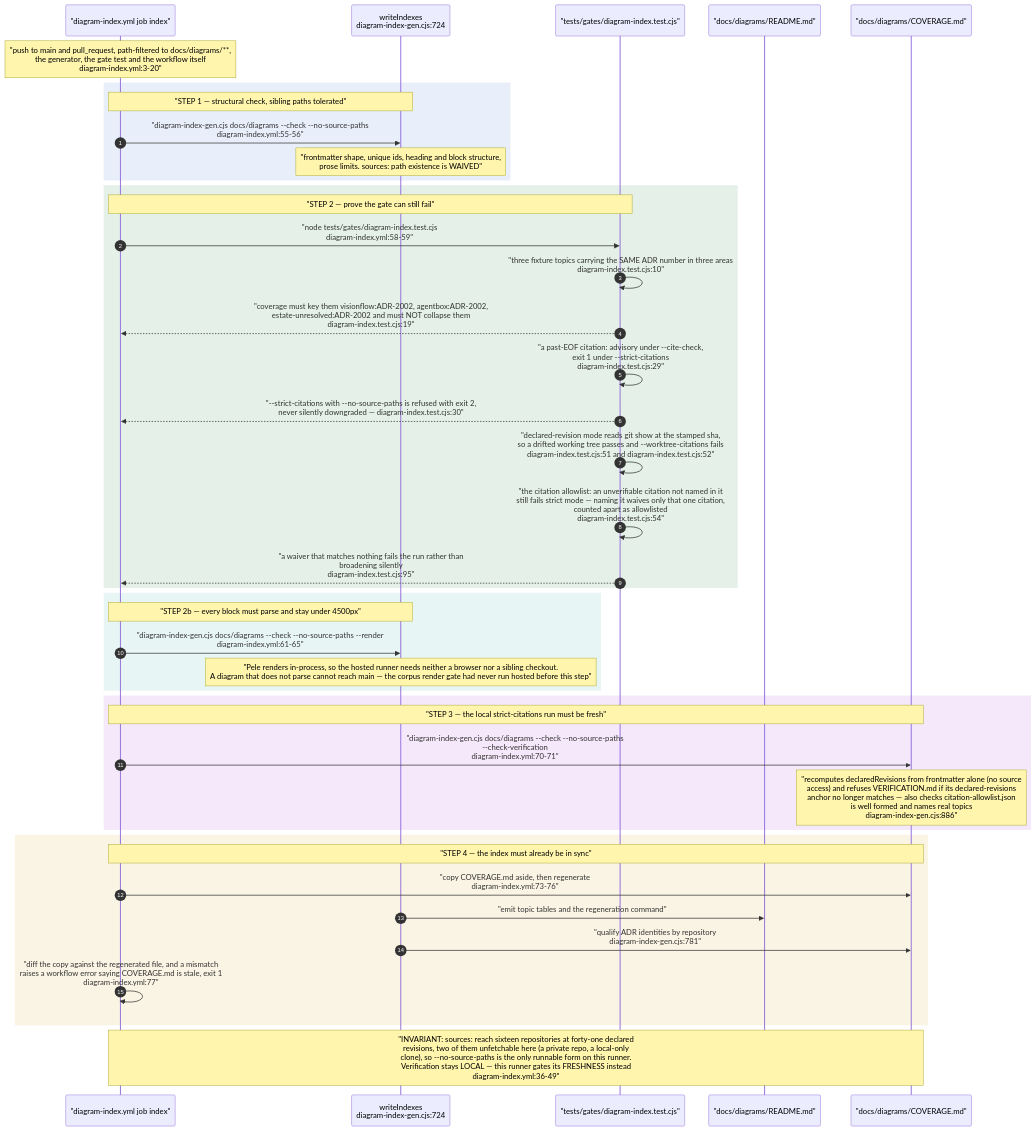
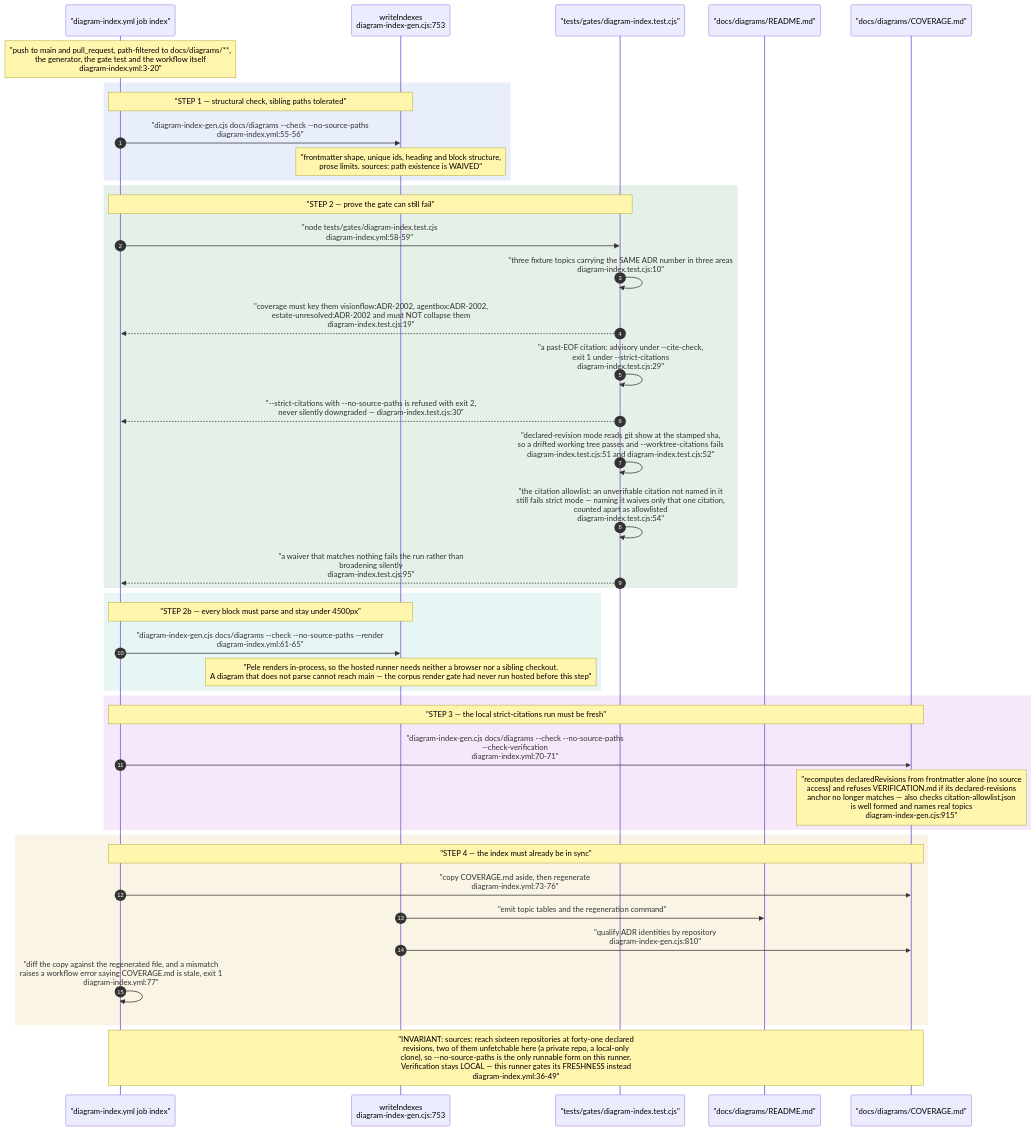
One commit to DreamLab-AI/VisionFlow changed diagram 12 of 15 in docs/diagrams/visionflow/06-diagram-tooling.md. Above: the diagram before and after it, drawn with Mermaid. The commit also changed other lines of this file and 49 other files, not shown here.

First line of the commit message:
docs(diagrams): re-derive and re-stamp VisionClaw, estate, knowledge-graph, visionGraph, VisionFlow and sidestr topics

````diff
--- a/docs/diagrams/visionflow/06-diagram-tooling.md
+++ b/docs/diagrams/visionflow/06-diagram-tooling.md
@@ -363,51 +363,51 @@
 ```mermaid
 sequenceDiagram
     autonumber
     participant CI as "diagram-index.yml job index"
-    participant G as writeIndexes<br/>diagram-index-gen.cjs:724
+    participant G as writeIndexes<br/>diagram-index-gen.cjs:753
     participant T as "tests/gates/diagram-index.test.cjs"
     participant RM as "docs/diagrams/README.md"
     participant CV as "docs/diagrams/COVERAGE.md"
 
     Note over CI: "push to main and pull_request, path-filtered to docs/diagrams/**,<br/>the generator, the gate test and the workflow itself<br/>diagram-index.yml:3-20"
 
     rect rgb(232, 238, 250)
     Note over CI,G: "STEP 1 — structural check, sibling paths tolerated"
     CI->>G: "diagram-index-gen.cjs docs/diagrams --check --no-source-paths<br/>diagram-index.yml:55-56"
     Note over G: "frontmatter shape, unique ids, heading and block structure,<br/>prose limits. sources: path existence is WAIVED"
     end
 
     rect rgb(228, 240, 232)
     Note over CI,T: "STEP 2 — prove the gate can still fail"
     CI->>T: "node tests/gates/diagram-index.test.cjs<br/>diagram-index.yml:58-59"
     T->>T: "three fixture topics carrying the SAME ADR number in three areas<br/>diagram-index.test.cjs:10"
     T-->>CI: "coverage must key them visionflow:ADR-2002, agentbox:ADR-2002,<br/>estate-unresolved:ADR-2002 and must NOT collapse them<br/>diagram-index.test.cjs:19"
     T->>T: "a past-EOF citation: advisory under --cite-check,<br/>exit 1 under --strict-citations<br/>diagram-index.test.cjs:29"
     T-->>CI: "--strict-citations with --no-source-paths is refused with exit 2,<br/>never silently downgraded — diagram-index.test.cjs:30"
     T->>T: "declared-revision mode reads git show at the stamped sha,<br/>so a drifted working tree passes and --worktree-citations fails<br/>diagram-index.test.cjs:51 and diagram-index.test.cjs:52"
     T->>T: "the citation allowlist: an unverifiable citation not named in it<br/>still fails strict mode — naming it waives only that one citation,<br/>counted apart as allowlisted<br/>diagram-index.test.cjs:54"
     T-->>CI: "a waiver that matches nothing fails the run rather than<br/>broadening silently<br/>diagram-index.test.cjs:95"
     end
 
     rect rgb(232, 245, 245)
     Note over CI,G: "STEP 2b — every block must parse and stay under 4500px"
     CI->>G: "diagram-index-gen.cjs docs/diagrams --check --no-source-paths --render<br/>diagram-index.yml:61-65"
     Note over G: "Pele renders in-process, so the hosted runner needs neither a browser nor a sibling checkout.<br/>A diagram that does not parse cannot reach main — the corpus render gate had never run hosted before this step"
     end
 
     rect rgb(245, 232, 250)
     Note over CI,CV: "STEP 3 — the local strict-citations run must be fresh"
     CI->>CV: "diagram-index-gen.cjs docs/diagrams --check --no-source-paths<br/>--check-verification<br/>diagram-index.yml:70-71"
-    Note over CV: "recomputes declaredRevisions from frontmatter alone (no source<br/>access) and refuses VERIFICATION.md if its declared-revisions<br/>anchor no longer matches — also checks citation-allowlist.json<br/>is well formed and names real topics<br/>diagram-index-gen.cjs:886"
+    Note over CV: "recomputes declaredRevisions from frontmatter alone (no source<br/>access) and refuses VERIFICATION.md if its declared-revisions<br/>anchor no longer matches — also checks citation-allowlist.json<br/>is well formed and names real topics<br/>diagram-index-gen.cjs:915"
     end
 
     rect rgb(250, 244, 228)
     Note over CI,CV: "STEP 4 — the index must already be in sync"
     CI->>CV: "copy COVERAGE.md aside, then regenerate<br/>diagram-index.yml:73-76"
     G->>RM: "emit topic tables and the regeneration command"
-    G->>CV: "qualify ADR identities by repository<br/>diagram-index-gen.cjs:781"
+    G->>CV: "qualify ADR identities by repository<br/>diagram-index-gen.cjs:810"
     CI->>CI: "diff the copy against the regenerated file, and a mismatch<br/>raises a workflow error saying COVERAGE.md is stale, exit 1<br/>diagram-index.yml:77"
     end
 
     Note over CI,CV: "INVARIANT: sources: reach sixteen repositories at forty-one declared<br/>revisions, two of them unfetchable here (a private repo, a local-only<br/>clone), so --no-source-paths is the only runnable form on this runner.<br/>Verification stays LOCAL — this runner gates its FRESHNESS instead<br/>diagram-index.yml:36-49"
 ```
````
